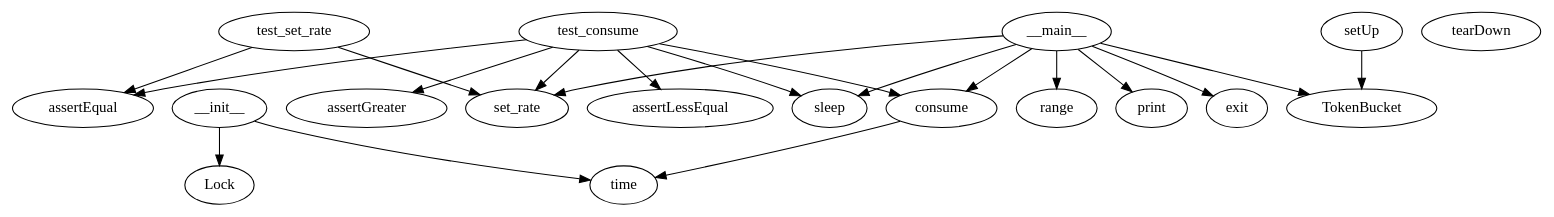
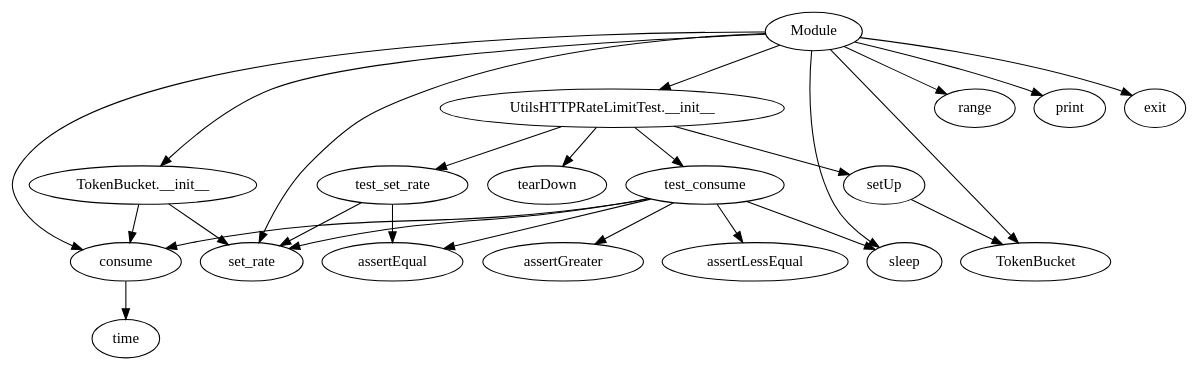
One commit to JordanCoyne97/Final_Year_Project changed the diagram in CallGraph_dots/TokenBucket.dot. Above: the diagram before and after it, drawn with Graphviz. The commit also changed 164 other files, not shown here.

```diff
--- a/CallGraph_dots/TokenBucket.dot
+++ b/CallGraph_dots/TokenBucket.dot
@@ -1,39 +1,45 @@
 strict digraph  {
-__init__;
-time;
-Lock;
 set_rate;
 consume;
+time;
 setUp;
 TokenBucket;
 tearDown;
 test_set_rate;
 assertEqual;
 test_consume;
 assertLessEqual;
 sleep;
 assertGreater;
-__main__;
+Module;
+"TokenBucket.__init__";
 range;
 print;
 exit;
-__init__ -> time;
-__init__ -> Lock;
+"UtilsHTTPRateLimitTest.__init__";
 consume -> time;
 setUp -> TokenBucket;
 test_set_rate -> set_rate;
 test_set_rate -> assertEqual;
 test_consume -> assertEqual;
 test_consume -> consume;
 test_consume -> set_rate;
 test_consume -> assertLessEqual;
 test_consume -> sleep;
 test_consume -> assertGreater;
-__main__ -> TokenBucket;
-__main__ -> set_rate;
-__main__ -> range;
-__main__ -> consume;
-__main__ -> sleep;
-__main__ -> print;
-__main__ -> exit;
+Module -> "TokenBucket.__init__";
+Module -> TokenBucket;
+Module -> set_rate;
+Module -> range;
+Module -> consume;
+Module -> sleep;
+Module -> print;
+Module -> exit;
+Module -> "UtilsHTTPRateLimitTest.__init__";
+"TokenBucket.__init__" -> set_rate;
+"TokenBucket.__init__" -> consume;
+"UtilsHTTPRateLimitTest.__init__" -> setUp;
+"UtilsHTTPRateLimitTest.__init__" -> tearDown;
+"UtilsHTTPRateLimitTest.__init__" -> test_set_rate;
+"UtilsHTTPRateLimitTest.__init__" -> test_consume;
 }
```
